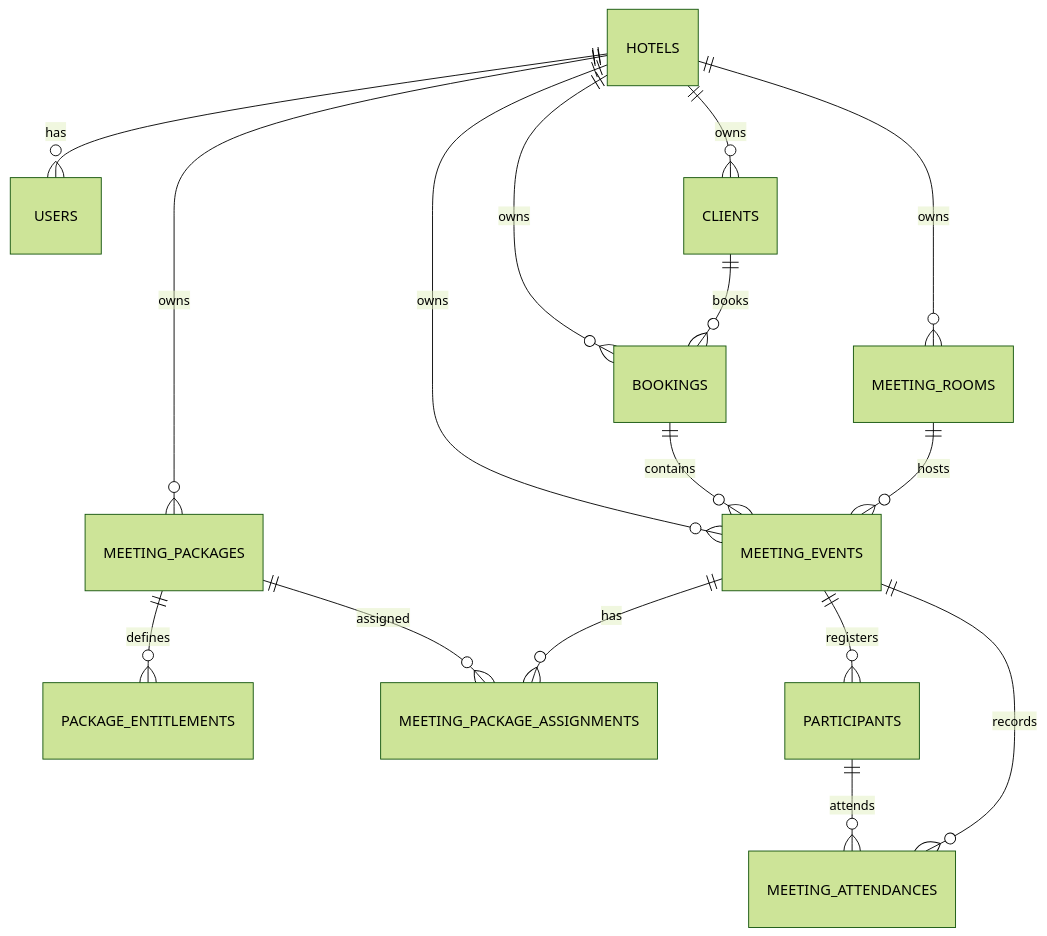
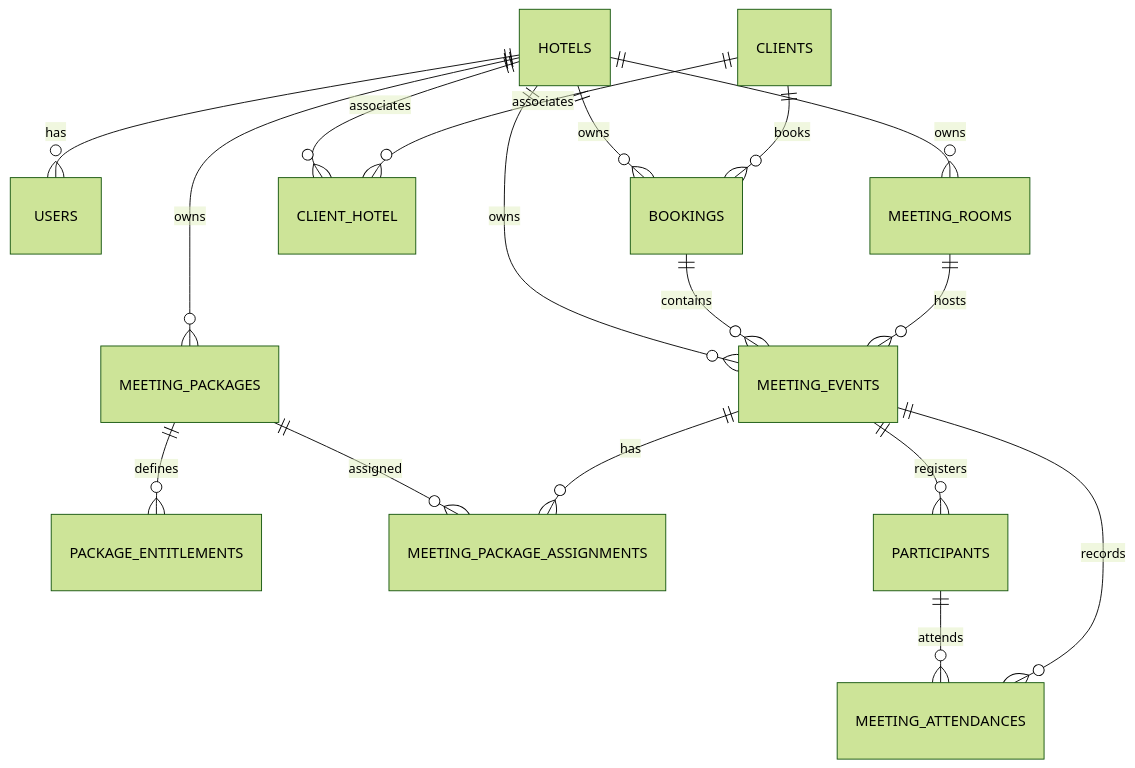
The diagram in docs/DATABASE_SCHEMA.md (rifqyar/Head-Counter), drawn with Mermaid (forest theme) before and after one commit. The commit also changed other lines of this file and 78 other files, not shown here.

````diff
--- a/docs/DATABASE_SCHEMA.md
+++ b/docs/DATABASE_SCHEMA.md
@@ -27,18 +28,19 @@
 ```mermaid
 erDiagram
     HOTELS ||--o{ USERS : has
     HOTELS ||--o{ MEETING_ROOMS : owns
-    HOTELS ||--o{ CLIENTS : owns
+    HOTELS ||--o{ CLIENT_HOTEL : associates
+    CLIENTS ||--o{ CLIENT_HOTEL : associates
     HOTELS ||--o{ BOOKINGS : owns
     HOTELS ||--o{ MEETING_EVENTS : owns
     HOTELS ||--o{ MEETING_PACKAGES : owns
     CLIENTS ||--o{ BOOKINGS : books
     BOOKINGS ||--o{ MEETING_EVENTS : contains
     MEETING_ROOMS ||--o{ MEETING_EVENTS : hosts
     MEETING_PACKAGES ||--o{ PACKAGE_ENTITLEMENTS : defines
     MEETING_PACKAGES ||--o{ MEETING_PACKAGE_ASSIGNMENTS : assigned
     MEETING_EVENTS ||--o{ MEETING_PACKAGE_ASSIGNMENTS : has
     MEETING_EVENTS ||--o{ PARTICIPANTS : registers
     PARTICIPANTS ||--o{ MEETING_ATTENDANCES : attends
     MEETING_EVENTS ||--o{ MEETING_ATTENDANCES : records
 ```
````
